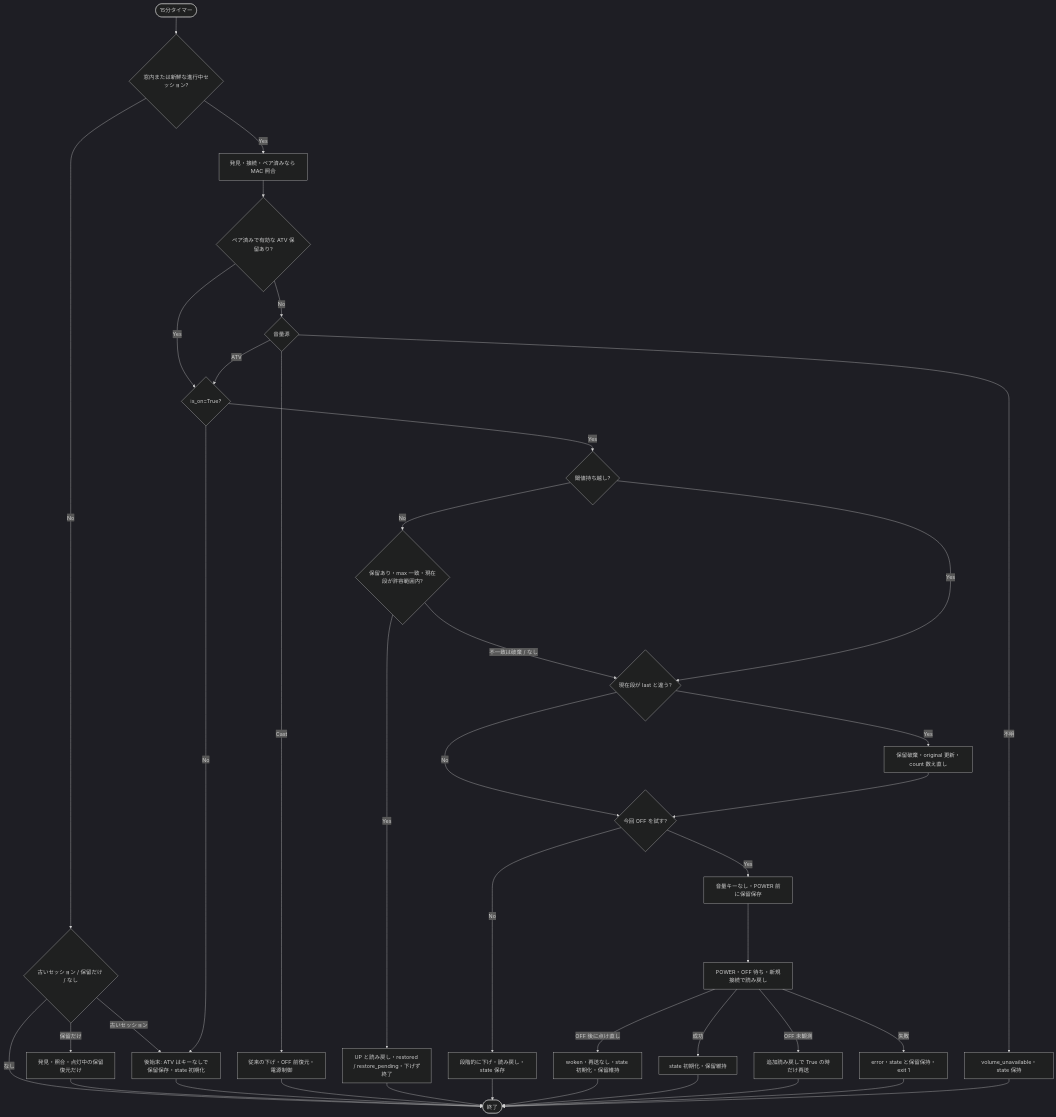
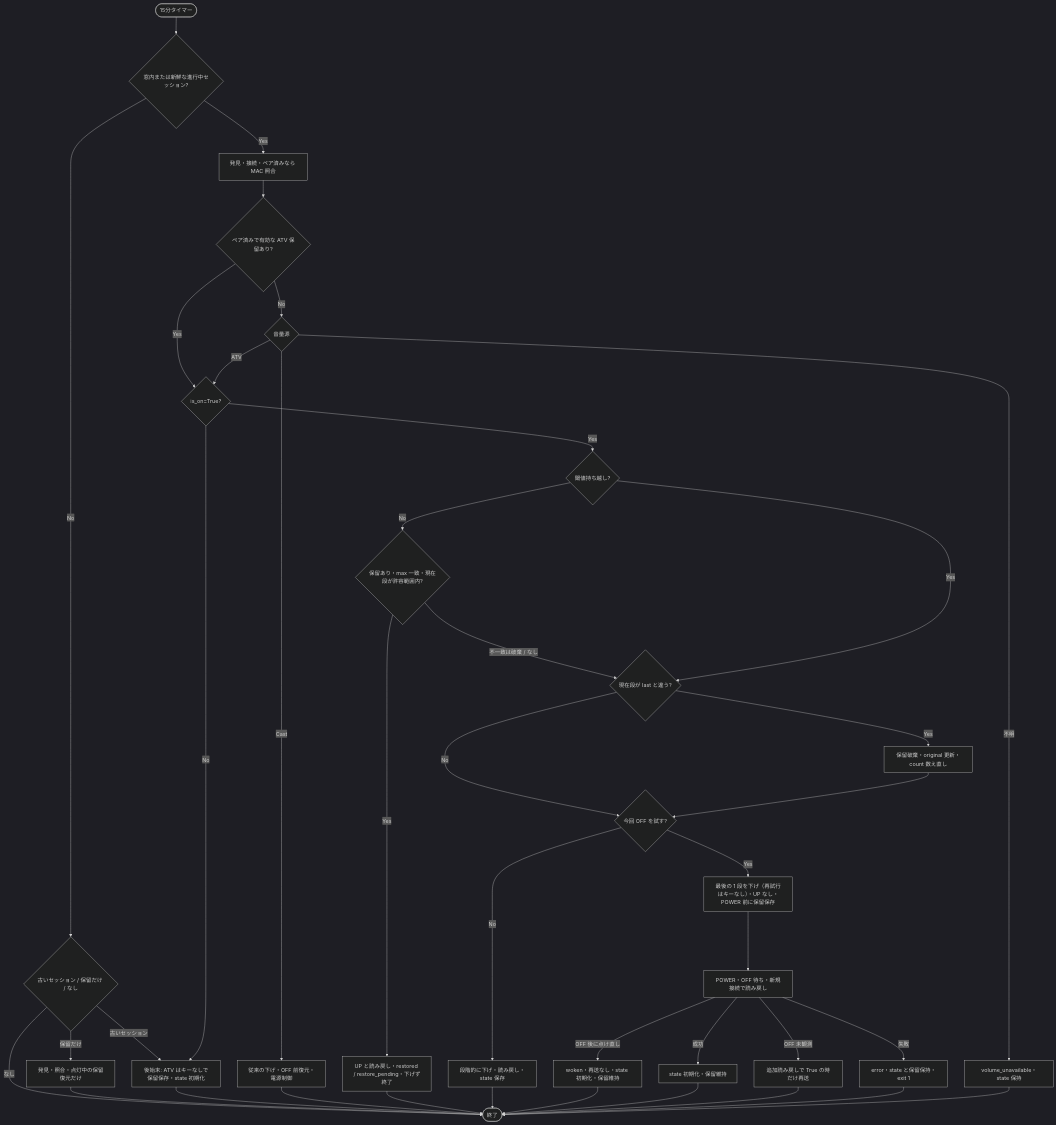
The diagram in README.md (noricha-vr/nemucast), drawn with Mermaid (dark theme) before and after one commit. The commit also changed other lines of this file and 4 other files, not shown here.

````diff
--- a/README.md
+++ b/README.md
@@ -153,41 +153,41 @@
 ```mermaid
 flowchart TD
     Start([15分タイマー]) --> Window{窓内または新鮮な進行中セッション?}
     Window -->|Yes| Discover[発見・接続・ペア済みなら MAC 照合]
     Window -->|No| Outside{古いセッション / 保留だけ / なし}
     Outside -->|古いセッション| Cleanup[後始末: ATV はキーなしで保留保存・state 初期化]
     Outside -->|保留だけ| PendingOnly[発見・照合・点灯中の保留復元だけ]
     Outside -->|なし| End([終了])
     Discover --> HasPending{ペア済みで有効な ATV 保留あり?}
     HasPending -->|Yes| On
     HasPending -->|No| Source{音量源}
     Source -->|Cast| Cast[従来の下げ・OFF 前復元・電源制御]
     Source -->|ATV| On{is_on=True?}
     Source -->|不明| Unavailable[volume_unavailable・state 保持]
     On -->|No| Cleanup
     On -->|Yes| Retry{閾値持ち越し?}
     Retry -->|No| Pending{保留あり・max 一致・現在段が許容範囲内?}
     Pending -->|Yes| Restore[UP と読み戻し・restored / restore_pending・下げず終了]
     Pending -->|不一致は破棄 / なし| Manual
     Retry -->|Yes| Manual{現在段が last と違う?}
     Manual -->|Yes| Reset[保留破棄・original 更新・count 数え直し]
     Manual -->|No| Threshold
     Reset --> Threshold{今回 OFF を試す?}
     Threshold -->|No| Lower[段階的に下げ・読み戻し・state 保存]
-    Threshold -->|Yes| SavePending[音量キーなし・POWER 前に保留保存]
+    Threshold -->|Yes| SavePending[最後の 1 段を下げ（再試行はキーなし）・UP なし・POWER 前に保留保存]
     SavePending --> Off[POWER・OFF 待ち・新規接続で読み戻し]
     Off -->|OFF 後に点け直し| Woken[woken・再送なし・state 初期化・保留維持]
     Off -->|OFF 未観測| Recheck[追加読み戻しで True の時だけ再送]
     Off -->|成功| Clear[state 初期化・保留維持]
     Off -->|失敗| Fail[error・state と保留保持・exit 1]
     PendingOnly --> End
     Cleanup --> End
     Cast --> End
     Restore --> End
     Lower --> End
     Woken --> End
     Clear --> End
     Recheck --> End
     Fail --> End
     Unavailable --> End
 ```
````
